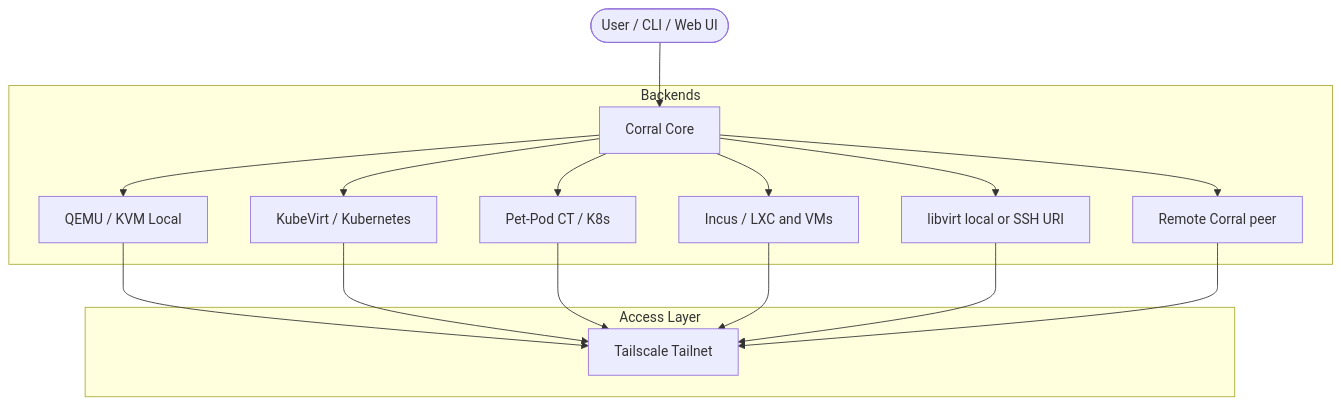
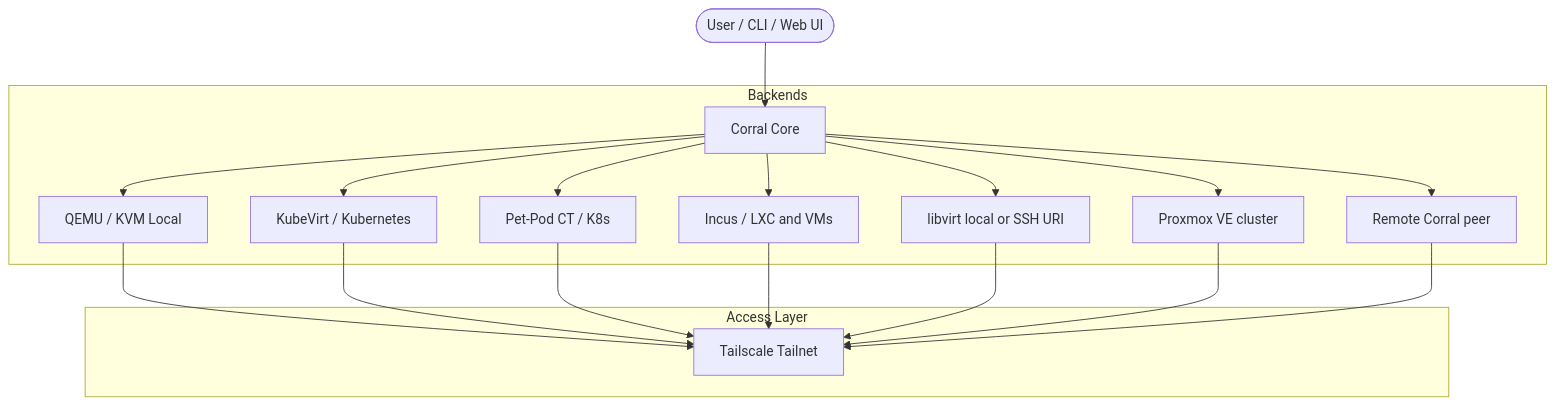
One commit to hanthor/corral changed the diagram in docs/user-guide.md. Above: the diagram before and after it, drawn with Mermaid. The commit also changed other lines of this file and 3 other files, not shown here.

````diff
--- a/docs/user-guide.md
+++ b/docs/user-guide.md
@@ -25,22 +25,24 @@
 ```mermaid
 flowchart TD
     User([User / CLI / Web UI]) --> Corral[Corral Core]
 
     subgraph Backends
         Corral --> QEMU[QEMU / KVM Local]
         Corral --> KubeVirt[KubeVirt / Kubernetes]
         Corral --> CT[Pet-Pod CT / K8s]
         Corral --> Incus[Incus / LXC and VMs]
         Corral --> Libvirt[libvirt local or SSH URI]
+        Corral --> Proxmox[Proxmox VE cluster]
         Corral --> Peer[Remote Corral peer]
     end
 
     subgraph Access Layer
         QEMU --> Tailnet[Tailscale Tailnet]
         KubeVirt --> Tailnet
         CT --> Tailnet
         Incus --> Tailnet
         Libvirt --> Tailnet
+        Proxmox --> Tailnet
         Peer --> Tailnet
     end
 ```
````
